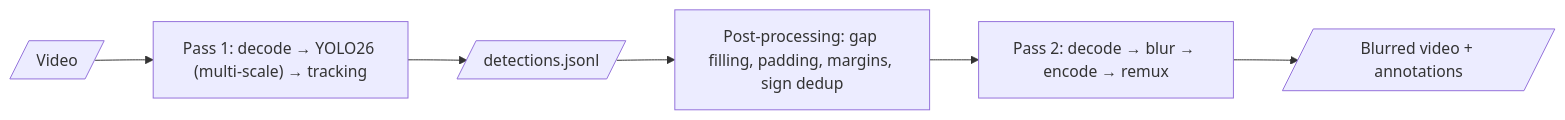
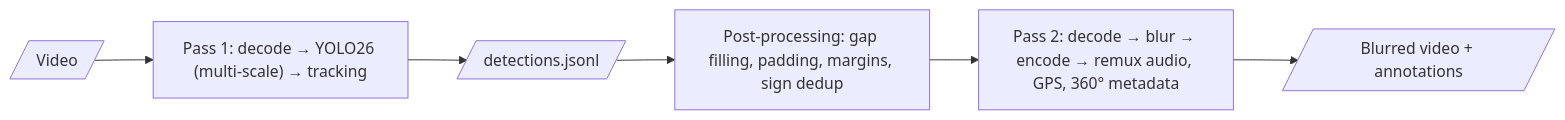
Before and after one commit to KylianAUBRY/SGBlur_Video: the diagram in docs/index.md, drawn with Mermaid. The commit also changed other lines of this file and 34 other files, not shown here.

````diff
--- a/docs/index.md
+++ b/docs/index.md
@@ -18,8 +18,8 @@
 ```mermaid
 flowchart LR
     v[/Video/] --> a["Pass 1: decode → YOLO26 (multi-scale) → tracking"]
     a --> j[/detections.jsonl/]
     j --> p["Post-processing: gap filling, padding, margins, sign dedup"]
-    p --> r["Pass 2: decode → blur → encode → remux"]
+    p --> r["Pass 2: decode → blur → encode → remux audio, GPS, 360° metadata"]
     r --> o[/Blurred video + annotations/]
 ```
````
